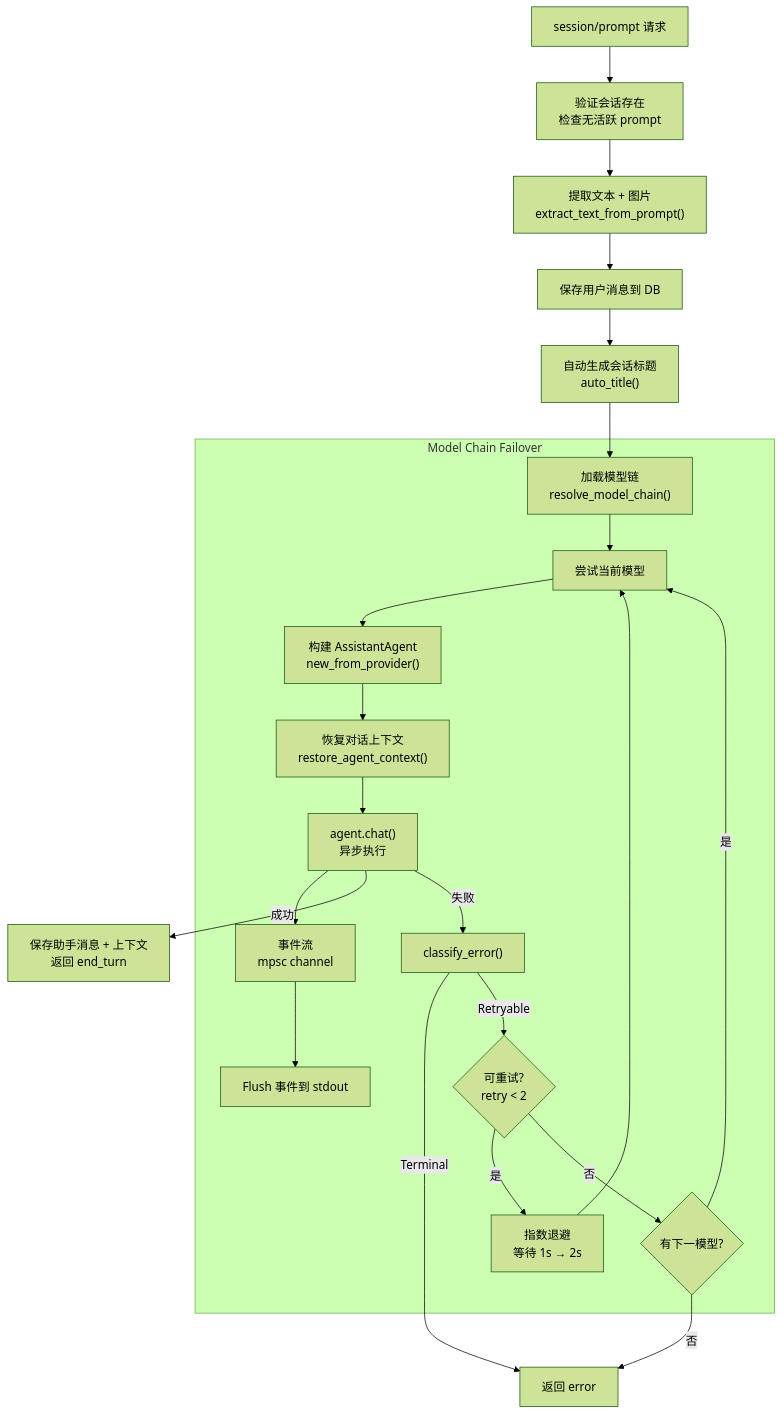
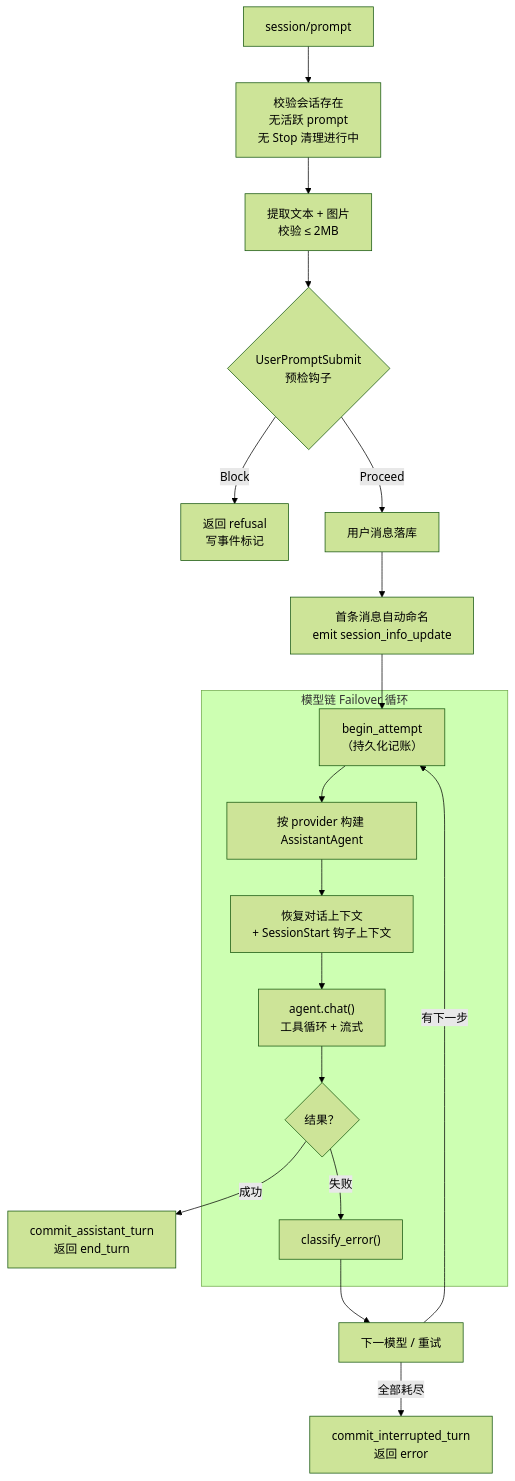
One commit to shiwenwen/hope-agent changed the seventh of 10 diagrams in docs/architecture/acp.md. Above: the diagram before and after it, drawn with Mermaid (forest theme). The commit also changed other lines of this file and 11 other files, not shown here.

````diff
--- a/docs/architecture/acp.md
+++ b/docs/architecture/acp.md
@@ -270,49 +299,32 @@
 ```mermaid
 flowchart TB
-    START["session/prompt 请求"]
-    VALIDATE["验证会话存在<br/>检查无活跃 prompt"]
-    EXTRACT["提取文本 + 图片<br/>extract_text_from_prompt()"]
-    SAVE_USER["保存用户消息到 DB"]
-    TITLE["自动生成会话标题<br/>auto_title()"]
+    START["session/prompt"]
+    VALIDATE["校验会话存在<br/>无活跃 prompt<br/>无 Stop 清理进行中"]
+    EXTRACT["提取文本 + 图片<br/>校验 ≤ 2MB"]
+    PREFLIGHT{"UserPromptSubmit<br/>预检钩子"}
+    BLOCK["返回 refusal<br/>写事件标记"]
+    SAVE_USER["用户消息落库"]
+    TITLE["首条消息自动命名<br/>emit session_info_update"]
 
-    subgraph "Model Chain Failover"
-        LOAD_CHAIN["加载模型链<br/>resolve_model_chain()"]
-        TRY_MODEL["尝试当前模型"]
-        BUILD_AGENT["构建 AssistantAgent<br/>new_from_provider()"]
-        RESTORE_CTX["恢复对话上下文<br/>restore_agent_context()"]
-        CHAT["agent.chat()<br/>异步执行"]
-        EVENT_STREAM["事件流<br/>mpsc channel"]
-        FLUSH["Flush 事件到 stdout"]
-
+    subgraph LOOP["模型链 Failover 循环"]
+        BEGIN["begin_attempt<br/>（持久化记账）"]
+        BUILD["按 provider 构建 AssistantAgent"]
+        RESTORE["恢复对话上下文<br/>+ SessionStart 钩子上下文"]
+        CHAT["agent.chat()<br/>工具循环 + 流式"]
+        DECIDE{"结果？"}
         CLASSIFY["classify_error()"]
-        RETRY{"可重试?<br/>retry < 2"}
-        NEXT_MODEL{"有下一模型?"}
-        BACKOFF["指数退避<br/>等待 1s → 2s"]
     end
 
-    SUCCESS["保存助手消息 + 上下文<br/>返回 end_turn"]
-    ERROR["返回 error"]
+    COMMIT["commit_assistant_turn<br/>返回 end_turn"]
+    NEXT["下一模型 / 重试"]
+    FAIL["commit_interrupted_turn<br/>返回 error"]
 
-    START --> VALIDATE
-    VALIDATE --> EXTRACT
-    EXTRACT --> SAVE_USER
-    SAVE_USER --> TITLE
-    TITLE --> LOAD_CHAIN
-    LOAD_CHAIN --> TRY_MODEL
-    TRY_MODEL --> BUILD_AGENT
-    BUILD_AGENT --> RESTORE_CTX
-    RESTORE_CTX --> CHAT
-    CHAT --> EVENT_STREAM
-    EVENT_STREAM --> FLUSH
-
-    CHAT -- 成功 --> SUCCESS
-    CHAT -- 失败 --> CLASSIFY
-    CLASSIFY -- Terminal --> ERROR
-    CLASSIFY -- Retryable --> RETRY
-    RETRY -- 是 --> BACKOFF
-    BACKOFF --> TRY_MODEL
-    RETRY -- 否 --> NEXT_MODEL
-    NEXT_MODEL -- 是 --> TRY_MODEL
-    NEXT_MODEL -- 否 --> ERROR
-
+    START --> VALIDATE --> EXTRACT --> PREFLIGHT
+    PREFLIGHT -- Block --> BLOCK
+    PREFLIGHT -- Proceed --> SAVE_USER --> TITLE --> BEGIN
+    BEGIN --> BUILD --> RESTORE --> CHAT --> DECIDE
+    DECIDE -- 成功 --> COMMIT
+    DECIDE -- 失败 --> CLASSIFY --> NEXT
+    NEXT -- 有下一步 --> BEGIN
+    NEXT -- 全部耗尽 --> FAIL
 ```
````
